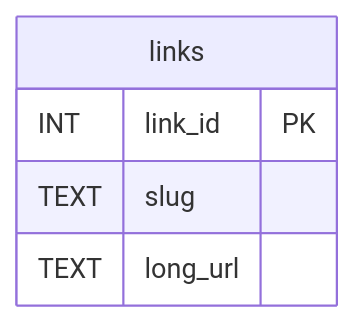
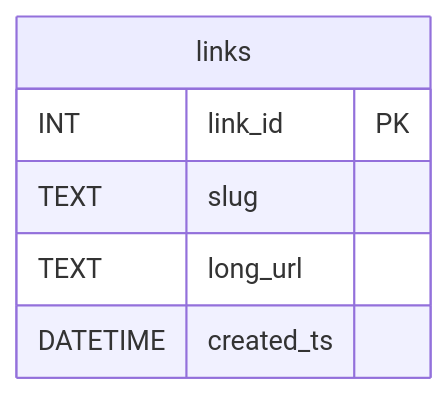
One commit to jkwlsn/url-shortener changed the diagram in docs/database_schema.mmd. Above: the diagram before and after it, drawn with Mermaid.

Commit message:
Adds timestamp to database schema diagram

```diff
--- a/docs/database_schema.mmd
+++ b/docs/database_schema.mmd
@@ -1,6 +1,7 @@
 erDiagram
     links {
         INT link_id PK
         TEXT slug
         TEXT long_url
+        DATETIME created_ts
     }
```
